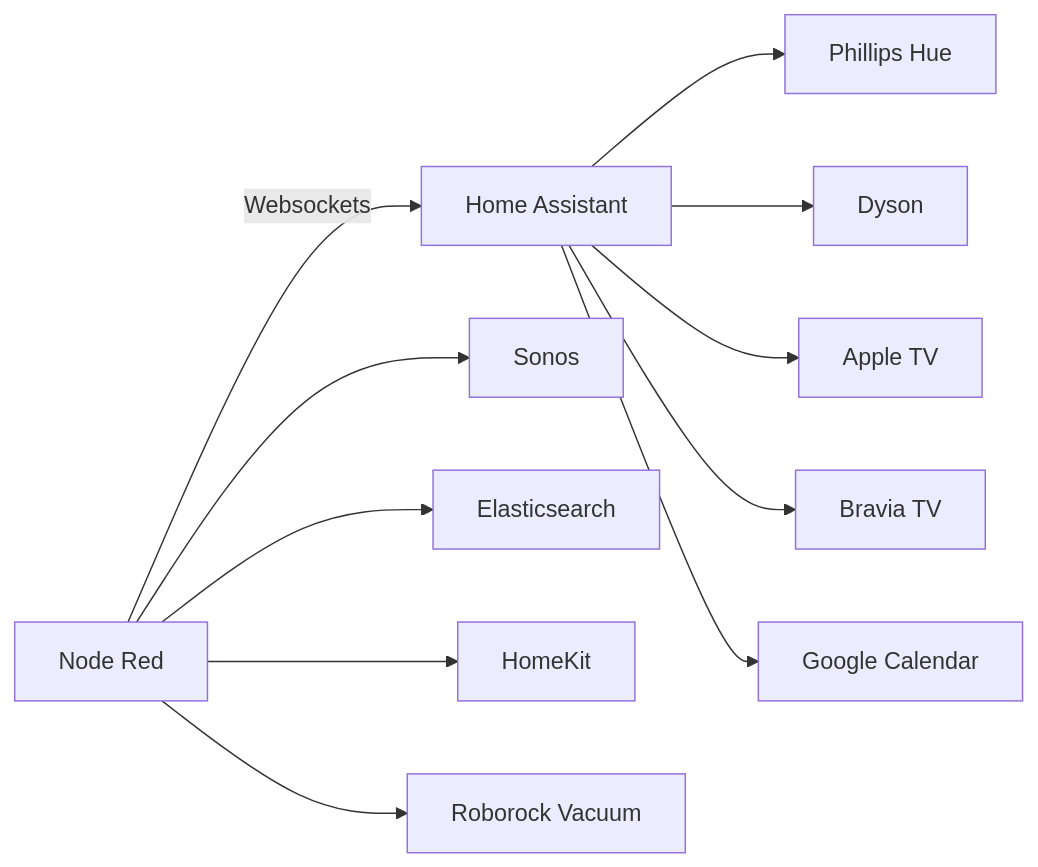
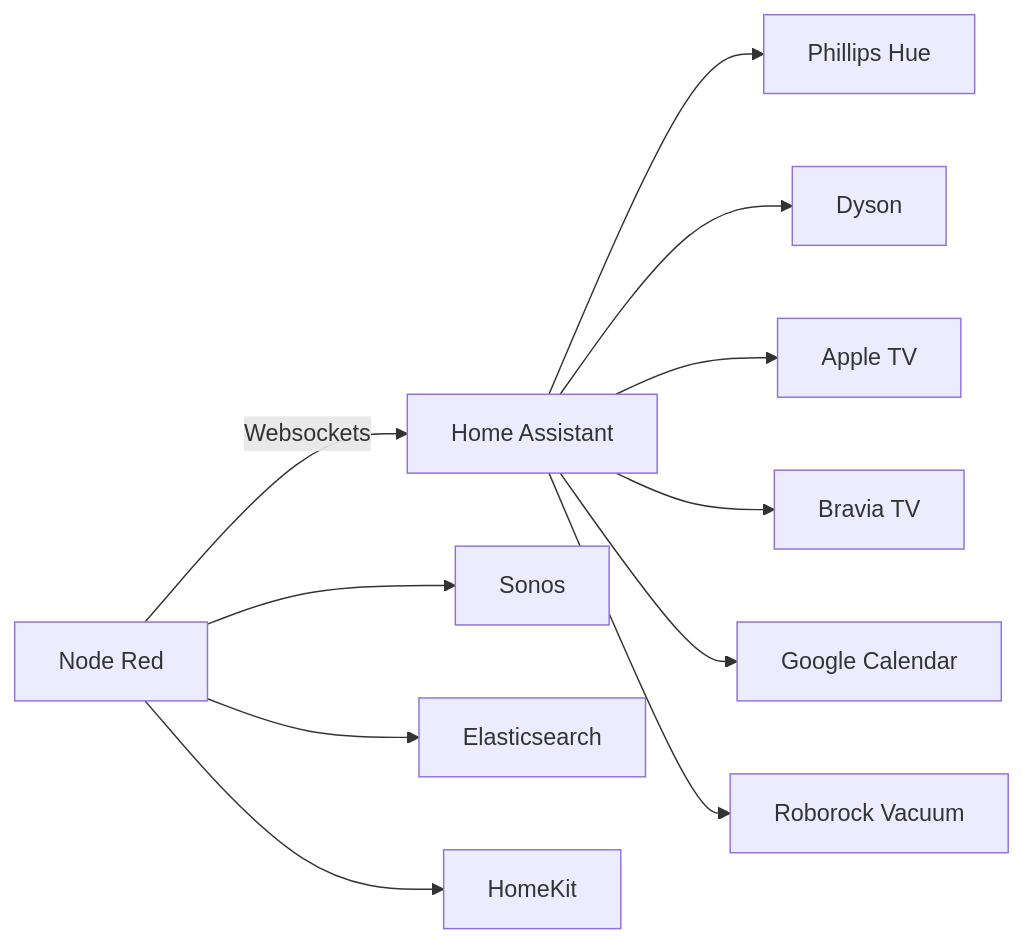
One commit to NickBorgers/node-red changed the diagram in README.md. Above: the diagram before and after it, drawn with Mermaid.

Commit message:
Now access roborock through HA

````diff
--- a/README.md
+++ b/README.md
@@ -15,14 +15,14 @@
 ```mermaid
 flowchart LR
 
 A[Node Red] --> |Websockets| B[Home Assistant]
 A --> C[Sonos]
 A --> D[Elasticsearch]
 A --> G[HomeKit]
-A --> J[Roborock Vacuum]
 B --> E[Phillips Hue]
 B --> F[Dyson]
 B --> H[Apple TV]
 B --> I[Bravia TV]
 B --> K[Google Calendar]
+B --> J[Roborock Vacuum]
 ```
````
